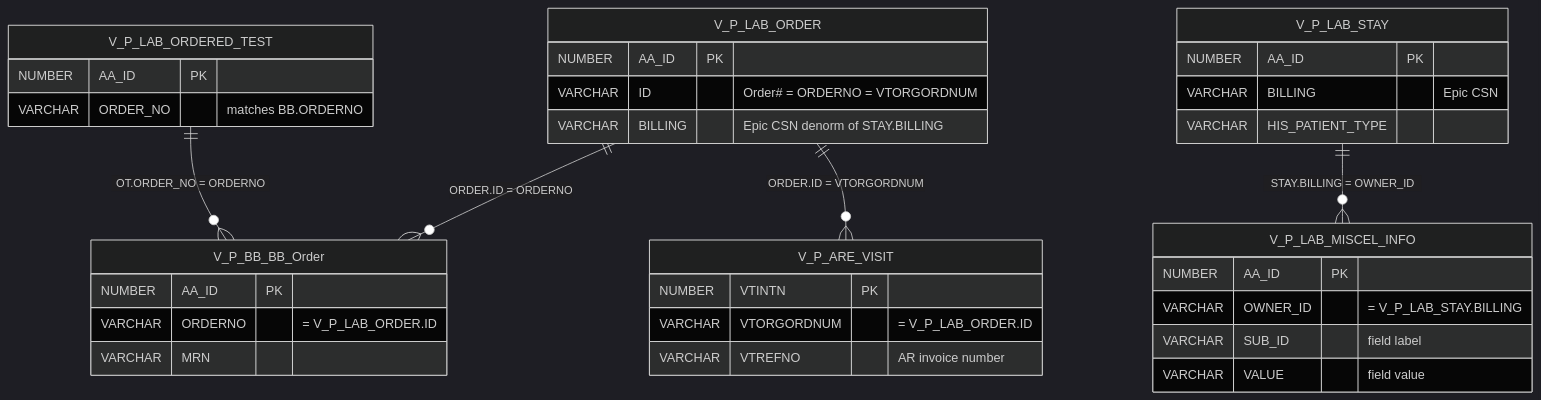
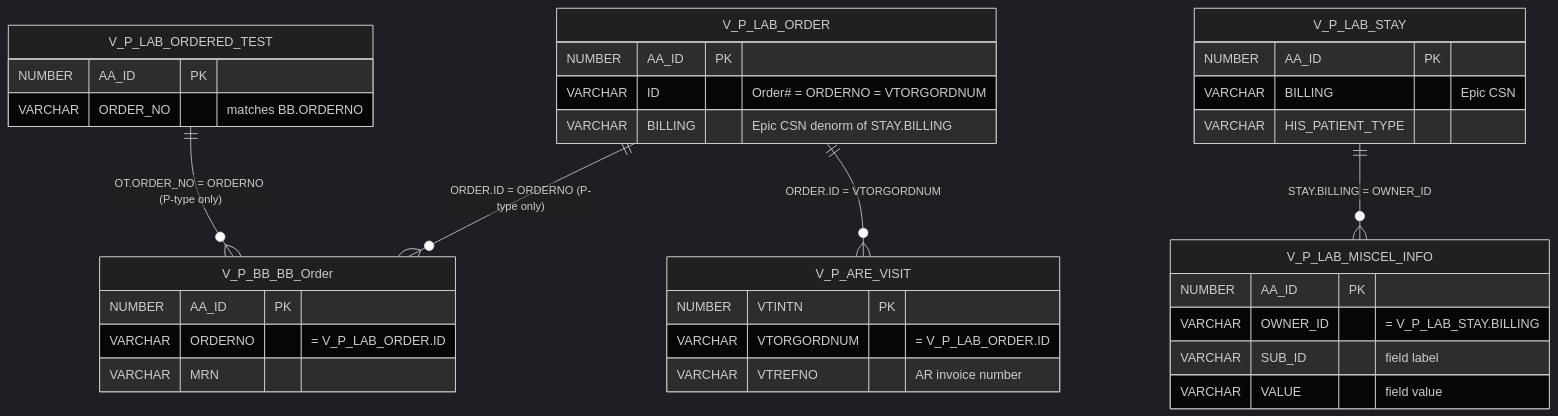
The fifth of 5 diagrams in schema_diagrams.md (rfedeli/sql_queries), drawn with Mermaid (dark theme) before and after one commit. The commit also changed other lines of this file, not shown here.

````diff
--- a/schema_diagrams.md
+++ b/schema_diagrams.md
@@ -335,38 +360,38 @@
 ```mermaid
 erDiagram
-    V_P_LAB_ORDER ||--o{ V_P_BB_BB_Order : "ORDER.ID = ORDERNO"
+    V_P_LAB_ORDER ||--o{ V_P_BB_BB_Order : "ORDER.ID = ORDERNO (P-type only)"
     V_P_LAB_ORDER ||--o{ V_P_ARE_VISIT : "ORDER.ID = VTORGORDNUM"
-    V_P_LAB_ORDERED_TEST ||--o{ V_P_BB_BB_Order : "OT.ORDER_NO = ORDERNO"
+    V_P_LAB_ORDERED_TEST ||--o{ V_P_BB_BB_Order : "OT.ORDER_NO = ORDERNO (P-type only)"
     V_P_LAB_STAY ||--o{ V_P_LAB_MISCEL_INFO : "STAY.BILLING = OWNER_ID"
 
     V_P_LAB_STAY {
         NUMBER AA_ID PK
         VARCHAR BILLING "Epic CSN"
         VARCHAR HIS_PATIENT_TYPE
     }
     V_P_LAB_ORDER {
         NUMBER AA_ID PK
         VARCHAR ID "Order# = ORDERNO = VTORGORDNUM"
         VARCHAR BILLING "Epic CSN denorm of STAY.BILLING"
     }
     V_P_LAB_ORDERED_TEST {
         NUMBER AA_ID PK
         VARCHAR ORDER_NO "matches BB.ORDERNO"
     }
     V_P_BB_BB_Order {
         NUMBER AA_ID PK
         VARCHAR ORDERNO "= V_P_LAB_ORDER.ID"
         VARCHAR MRN
     }
     V_P_ARE_VISIT {
         NUMBER VTINTN PK
         VARCHAR VTORGORDNUM "= V_P_LAB_ORDER.ID"
         VARCHAR VTREFNO "AR invoice number"
     }
     V_P_LAB_MISCEL_INFO {
         NUMBER AA_ID PK
         VARCHAR OWNER_ID "= V_P_LAB_STAY.BILLING"
         VARCHAR SUB_ID "field label"
         VARCHAR VALUE "field value"
     }
 ```
````
